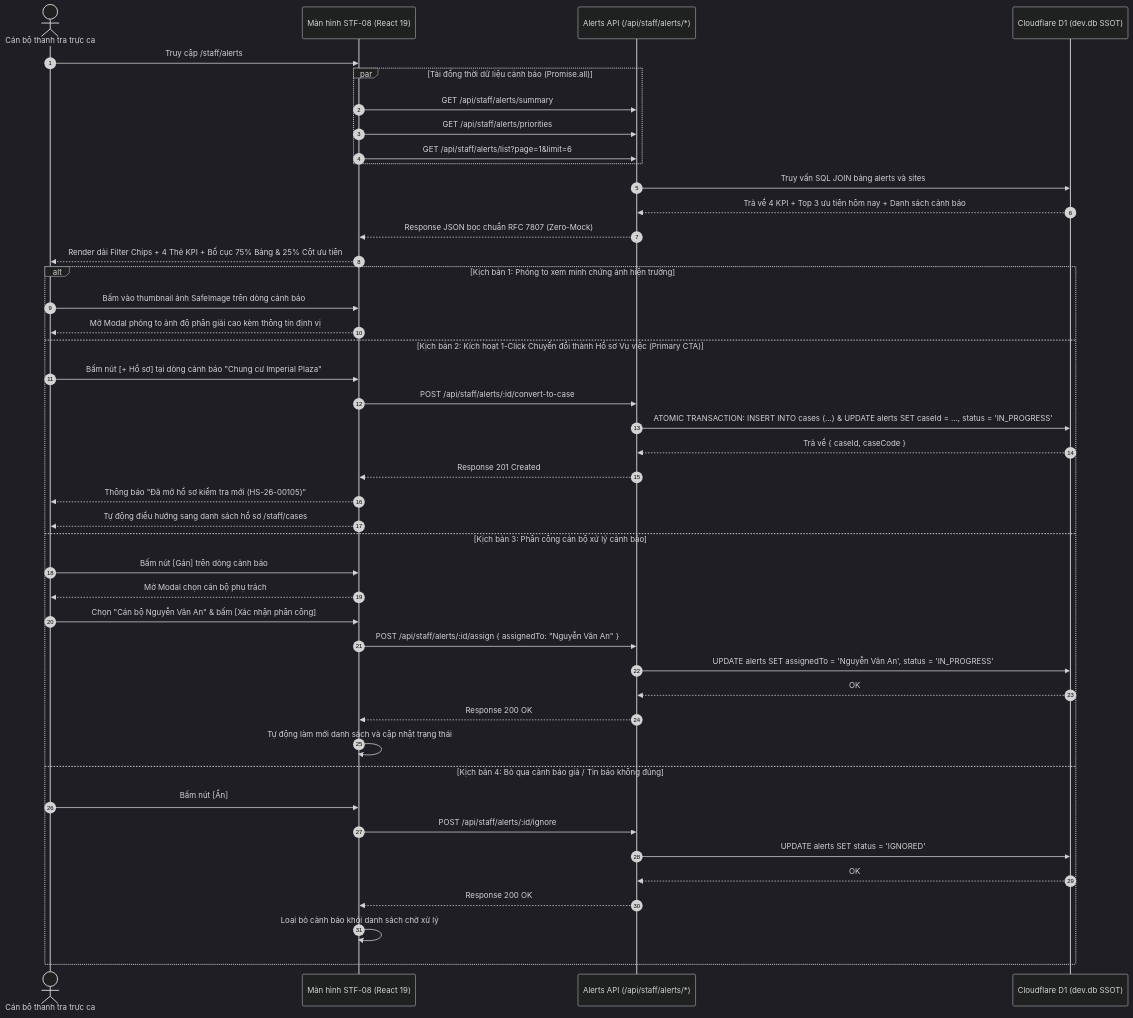
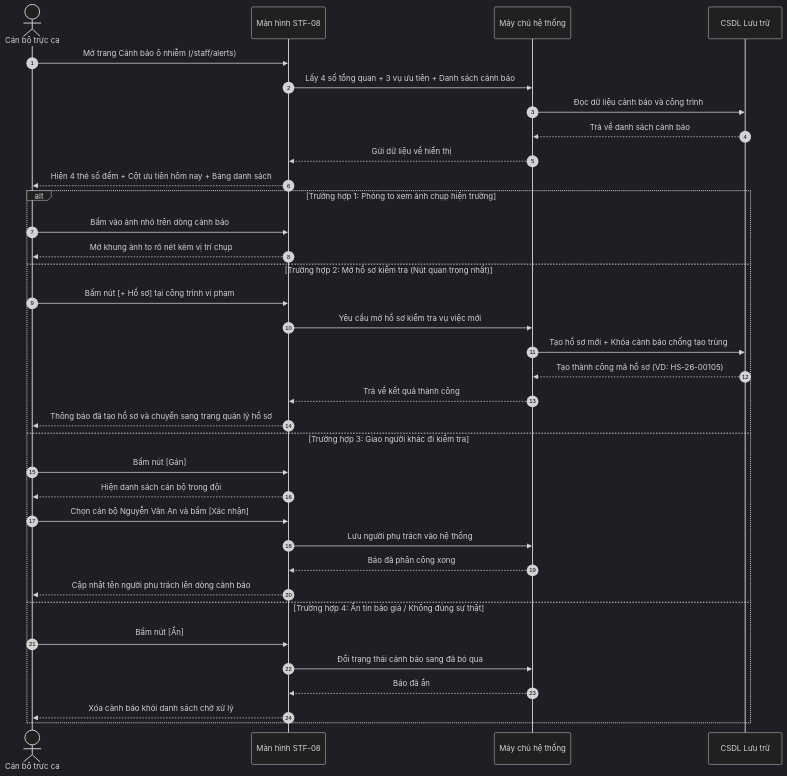
The diagram in docs/product/screens/STAFF-08-alerts.md (26730023-PhamPhuNguyenHung/unicef-dustguard), drawn with Mermaid (dark theme) before and after one commit. The commit also changed other lines of this file and 30 other files, not shown here.

````diff
--- a/docs/product/screens/STAFF-08-alerts.md
+++ b/docs/product/screens/STAFF-08-alerts.md
@@ -51,48 +52,39 @@
 ```mermaid
 sequenceDiagram
     autonumber
-    actor Staff as Cán bộ thanh tra trực ca
-    participant UI as Màn hình STF-08 (React 19)
-    participant API as Alerts API (/api/staff/alerts/*)
-    participant DB as Cloudflare D1 (dev.db SSOT)
+    actor CB as Cán bộ trực ca
+    participant MH as Màn hình STF-08
+    participant SV as Máy chủ hệ thống
+    participant DB as CSDL Lưu trữ
 
-    Staff->>UI: Truy cập /staff/alerts
-    par Tải đồng thời dữ liệu cảnh báo (Promise.all)
-        UI->>API: GET /api/staff/alerts/summary
-        UI->>API: GET /api/staff/alerts/priorities
-        UI->>API: GET /api/staff/alerts/list?page=1&limit=6
-    end
-    API->>DB: Truy vấn SQL JOIN bảng alerts và sites
-    DB-->>API: Trả về 4 KPI + Top 3 ưu tiên hôm nay + Danh sách cảnh báo
-    API-->>UI: Response JSON bọc chuẩn RFC 7807 (Zero-Mock)
-    UI-->>Staff: Render dải Filter Chips + 4 Thẻ KPI + Bố cục 75% Bảng & 25% Cột ưu tiên
+    CB->>MH: Mở trang Cảnh báo ô nhiễm (/staff/alerts)
+    MH->>SV: Lấy 4 số tổng quan + 3 vụ ưu tiên + Danh sách cảnh báo
+    SV->>DB: Đọc dữ liệu cảnh báo và công trình
+    DB-->>SV: Trả về danh sách cảnh báo
+    SV-->>MH: Gửi dữ liệu về hiển thị
+    MH-->>CB: Hiện 4 thẻ số đếm + Cột ưu tiên hôm nay + Bảng danh sách
 
-    alt Kịch bản 1: Phóng to xem minh chứng ảnh hiện trường
-        Staff->>UI: Bấm vào thumbnail ảnh SafeImage trên dòng cảnh báo
-        UI-->>Staff: Mở Modal phóng to ảnh độ phân giải cao kèm thông tin định vị
-    else Kịch bản 2: Kích hoạt 1-Click Chuyển đổi thành Hồ sơ Vụ việc (Primary CTA)
-        Staff->>UI: Bấm nút [+ Hồ sơ] tại dòng cảnh báo "Chung cư Imperial Plaza"
-        UI->>API: POST /api/staff/alerts/:id/convert-to-case
-        API->>DB: ATOMIC TRANSACTION: INSERT INTO cases (...) & UPDATE alerts SET caseId = ..., status = 'IN_PROGRESS'
-        DB-->>API: Trả về { caseId, caseCode }
-        API-->>UI: Response 201 Created
-        UI-->>Staff: Thông báo "Đã mở hồ sơ kiểm tra mới (HS-26-00105)"
-        UI-->>Staff: Tự động điều hướng sang danh sách hồ sơ /staff/cases
-    else Kịch bản 3: Phân công cán bộ xử lý cảnh báo
-        Staff->>UI: Bấm nút [Gán] trên dòng cảnh báo
-        UI-->>Staff: Mở Modal chọn cán bộ phụ trách
-        Staff->>UI: Chọn "Cán bộ Nguyễn Văn An" & bấm [Xác nhận phân công]
-        UI->>API: POST /api/staff/alerts/:id/assign { assignedTo: "Nguyễn Văn An" }
-        API->>DB: UPDATE alerts SET assignedTo = 'Nguyễn Văn An', status = 'IN_PROGRESS'
-        DB-->>API: OK
-        API-->>UI: Response 200 OK
-        UI->>UI: Tự động làm mới danh sách và cập nhật trạng thái
-    else Kịch bản 4: Bỏ qua cảnh báo giả / Tin báo không đúng
-        Staff->>UI: Bấm nút [Ẩn]
-        UI->>API: POST /api/staff/alerts/:id/ignore
-        API->>DB: UPDATE alerts SET status = 'IGNORED'
-        DB-->>API: OK
-        API-->>UI: Response 200 OK
-        UI->>UI: Loại bỏ cảnh báo khỏi danh sách chờ xử lý
+    alt Trường hợp 1: Phóng to xem ảnh chụp hiện trường
+        CB->>MH: Bấm vào ảnh nhỏ trên dòng cảnh báo
+        MH-->>CB: Mở khung ảnh to rõ nét kèm vị trí chụp
+    else Trường hợp 2: Mở hồ sơ kiểm tra (Nút quan trọng nhất)
+        CB->>MH: Bấm nút [+ Hồ sơ] tại công trình vi phạm
+        MH->>SV: Yêu cầu mở hồ sơ kiểm tra vụ việc mới
+        SV->>DB: Tạo hồ sơ mới + Khóa cảnh báo chống tạo trùng
+        DB-->>SV: Tạo thành công mã hồ sơ (VD: HS-26-00105)
+        SV-->>MH: Trả về kết quả thành công
+        MH-->>CB: Thông báo đã tạo hồ sơ và chuyển sang trang quản lý hồ sơ
+    else Trường hợp 3: Giao người khác đi kiểm tra
+        CB->>MH: Bấm nút [Gán]
+        MH-->>CB: Hiện danh sách cán bộ trong đội
+        CB->>MH: Chọn cán bộ Nguyễn Văn An và bấm [Xác nhận]
+        MH->>SV: Lưu người phụ trách vào hệ thống
+        SV-->>MH: Báo đã phân công xong
+        MH-->>CB: Cập nhật tên người phụ trách lên dòng cảnh báo
+    else Trường hợp 4: Ẩn tin báo giả / Không đúng sự thật
+        CB->>MH: Bấm nút [Ẩn]
+        MH->>SV: Đổi trạng thái cảnh báo sang đã bỏ qua
+        SV-->>MH: Báo đã ẩn
+        MH-->>CB: Xóa cảnh báo khỏi danh sách chờ xử lý
     end
 ```
````
